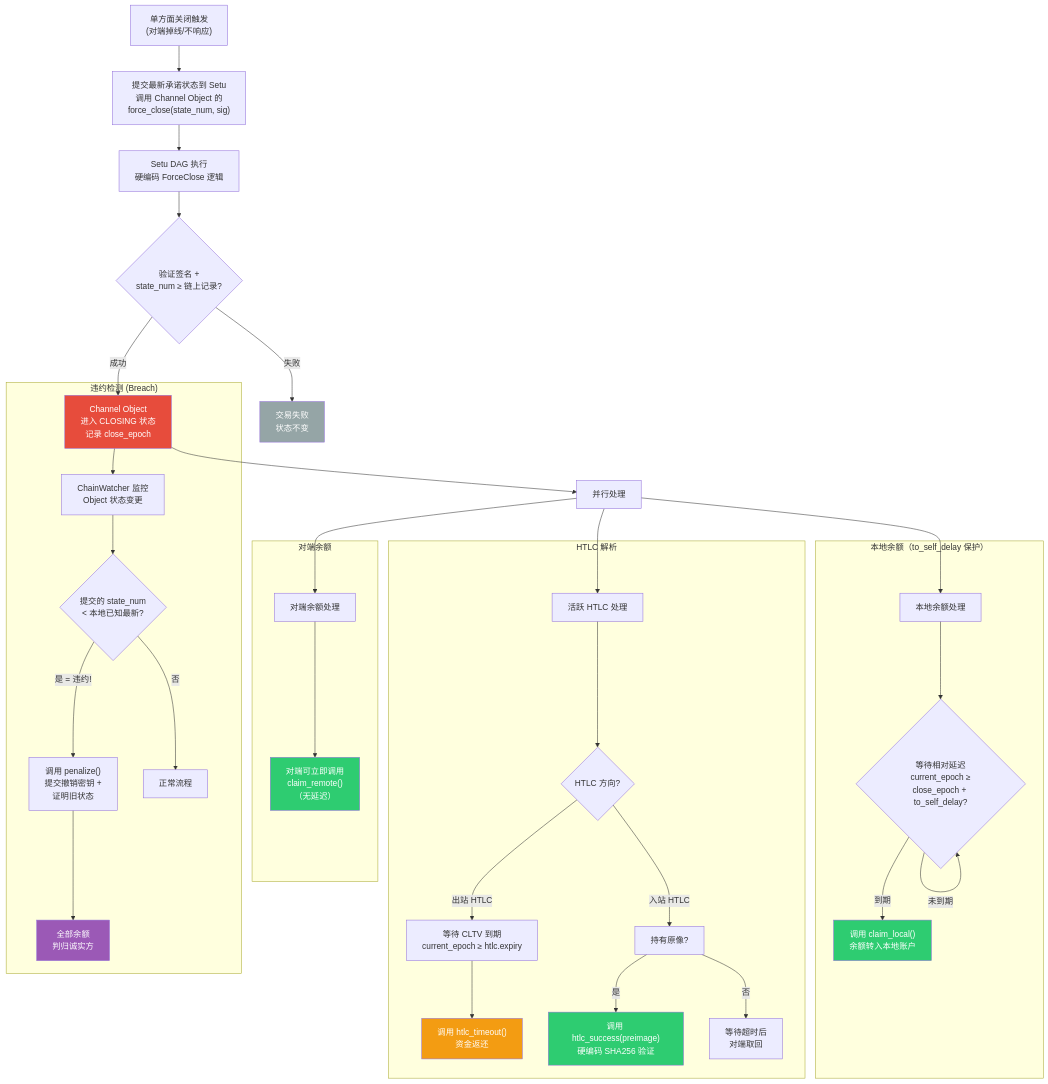
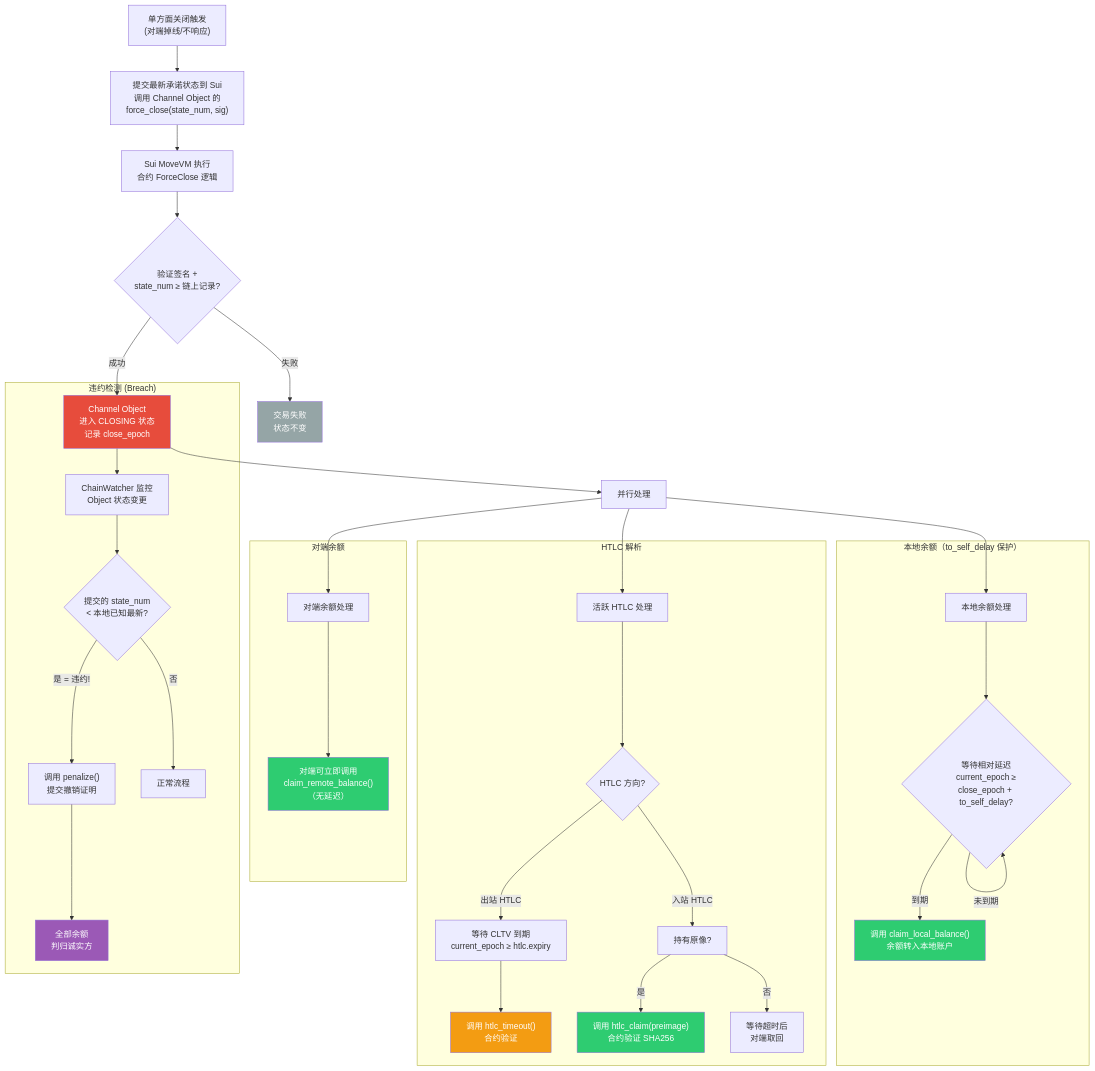
Before and after one commit to loka-network/loka-p2p-lnd: the sixth of 9 diagrams in 1-refactor-docs/lnd-and-setu-integration.md, drawn with Mermaid. The commit also changed other lines of this file and 43 other files, not shown here.

Commit message:
Refactor: Transition from Setu to Sui backend and implement base RPC client and wallet balance mapping

````diff
--- a/1-refactor-docs/lnd-and-setu-integration.md
+++ b/1-refactor-docs/lnd-and-setu-integration.md
@@ -294,54 +294,54 @@
 ```mermaid
 flowchart TB
     Start["单方面关闭触发<br/>(对端掉线/不响应)"]
 
-    Start --> Publish["提交最新承诺状态到 Setu<br/>调用 Channel Object 的<br/>force_close(state_num, sig)"]
+    Start --> Publish["提交最新承诺状态到 Sui<br/>调用 Channel Object 的<br/>force_close(state_num, sig)"]
 
-    Publish --> SetuExec["Setu DAG 执行<br/>硬编码 ForceClose 逻辑"]
-    SetuExec --> Validate{"验证签名 +<br/>state_num ≥ 链上记录?"}
+    Publish --> SuiExec["Sui MoveVM 执行<br/>合约 ForceClose 逻辑"]
+    SuiExec --> Validate{"验证签名 +<br/>state_num ≥ 链上记录?"}
 
     Validate -->|"失败"| Reject["交易失败<br/>状态不变"]
     Validate -->|"成功"| Freeze["Channel Object<br/>进入 CLOSING 状态<br/>记录 close_epoch"]
 
     Freeze --> Parallel["并行处理"]
 
     Parallel --> LocalBalance["本地余额处理"]
     Parallel --> RemoteBalance["对端余额处理"]
     Parallel --> HTLCs["活跃 HTLC 处理"]
 
     subgraph "本地余额（to_self_delay 保护）"
         LocalBalance --> WaitCSV{"等待相对延迟<br/>current_epoch ≥<br/>close_epoch + to_self_delay?"}
         WaitCSV -->|"未到期"| WaitCSV
-        WaitCSV -->|"到期"| ClaimLocal["调用 claim_local()<br/>余额转入本地账户"]
+        WaitCSV -->|"到期"| ClaimLocal["调用 claim_local_balance()<br/>余额转入本地账户"]
     end
 
     subgraph "对端余额"
-        RemoteBalance --> ClaimRemote["对端可立即调用<br/>claim_remote()<br/>（无延迟）"]
+        RemoteBalance --> ClaimRemote["对端可立即调用<br/>claim_remote_balance()<br/>（无延迟）"]
     end
 
     subgraph "HTLC 解析"
         HTLCs --> HTLCType{"HTLC 方向?"}
         HTLCType -->|"出站 HTLC"| TimeoutPath["等待 CLTV 到期<br/>current_epoch ≥ htlc.expiry"]
-        TimeoutPath --> ClaimTimeout["调用 htlc_timeout()<br/>资金返还"]
+        TimeoutPath --> ClaimTimeout["调用 htlc_timeout()<br/>合约验证"]
 
         HTLCType -->|"入站 HTLC"| PreimagePath["持有原像?"]
-        PreimagePath -->|"是"| ClaimSuccess["调用 htlc_success(preimage)<br/>硬编码 SHA256 验证"]
+        PreimagePath -->|"是"| ClaimSuccess["调用 htlc_claim(preimage)<br/>合约验证 SHA256"]
         PreimagePath -->|"否"| WaitExpiry["等待超时后<br/>对端取回"]
     end
 
     subgraph "违约检测 (Breach)"
         Freeze --> Monitor["ChainWatcher 监控<br/>Object 状态变更"]
         Monitor --> OldState{"提交的 state_num<br/>< 本地已知最新?"}
-        OldState -->|"是 = 违约!"| Penalize["调用 penalize()<br/>提交撤销密钥 +<br/>证明旧状态"]
+        OldState -->|"是 = 违约!"| Penalize["调用 penalize()<br/>提交撤销证明"]
         Penalize --> SeizeAll["全部余额<br/>判归诚实方"]
         OldState -->|"否"| NoBreach["正常流程"]
     end
 
     style Freeze fill:#e74c3c,color:#fff
     style ClaimLocal fill:#2ecc71,color:#fff
     style ClaimRemote fill:#2ecc71,color:#fff
     style ClaimSuccess fill:#2ecc71,color:#fff
     style ClaimTimeout fill:#f39c12,color:#fff
     style SeizeAll fill:#9b59b6,color:#fff
     style Reject fill:#95a5a6,color:#fff
 ```
````
